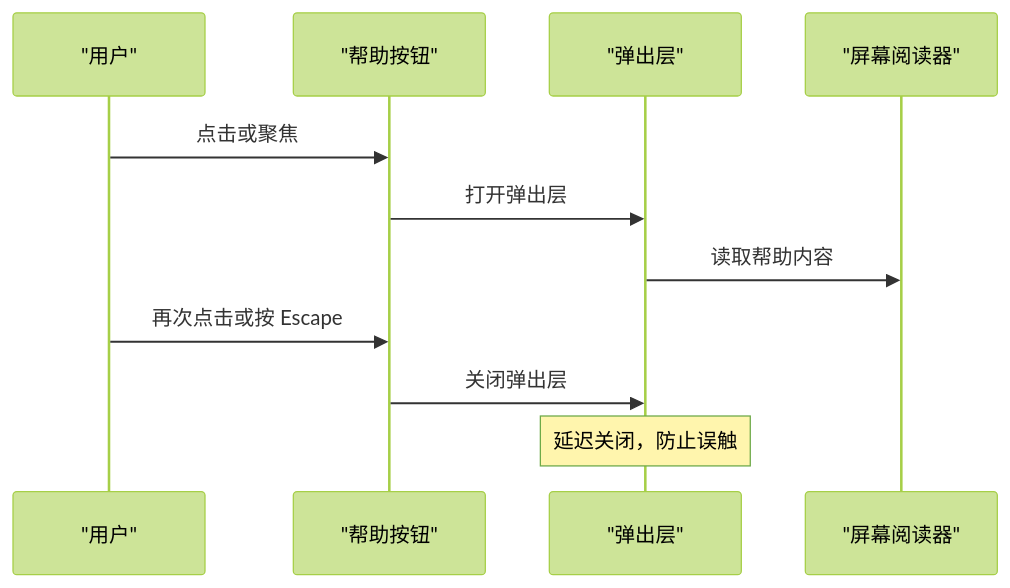
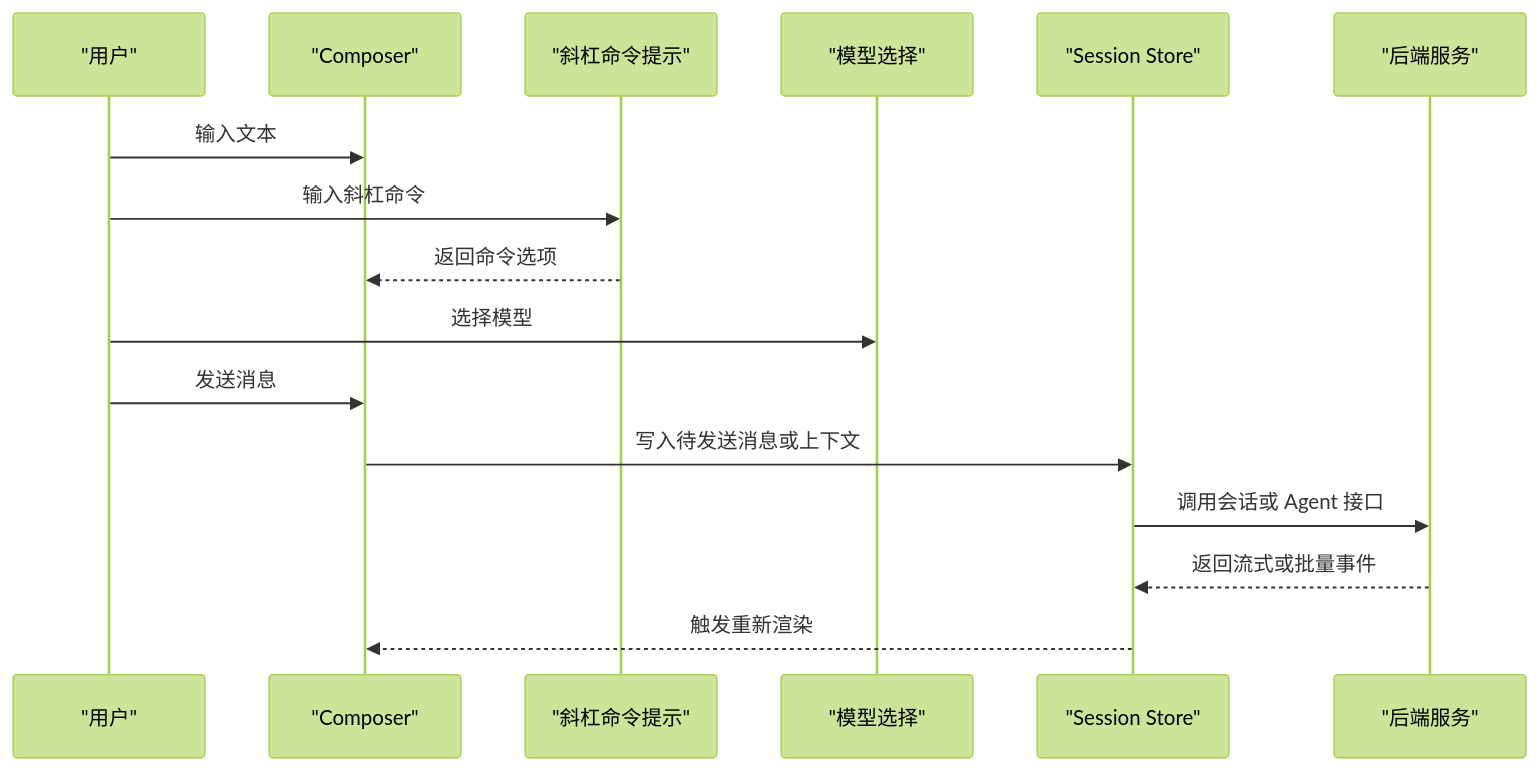
Before and after one commit to haolange/RDC-Agent: the fifth of 10 diagrams in .qoder/repowiki/zh/content/用户界面/用户界面.md, drawn with Mermaid (forest theme). The commit also changed other lines of this file and 356 other files, not shown here.

````diff
--- a/.qoder/repowiki/zh/content/用户界面/用户界面.md
+++ b/.qoder/repowiki/zh/content/用户界面/用户界面.md
@@ -304,13 +239,19 @@
 ```mermaid
 sequenceDiagram
-participant User as "用户"
-participant Trigger as "帮助按钮"
-participant Popover as "弹出层"
-participant ScreenReader as "屏幕阅读器"
-User->>Trigger : 点击或聚焦
-Trigger->>Popover : 打开弹出层
-Popover->>ScreenReader : 读取帮助内容
-User->>Trigger : 再次点击或按 Escape
-Trigger->>Popover : 关闭弹出层
-Note over Popover : 延迟关闭，防止误触
+    participant User as "用户"
+    participant Composer as "Composer"
+    participant Slash as "斜杠命令提示"
+    participant Model as "模型选择"
+    participant Store as "Session Store"
+    participant Service as "后端服务"
+
+    User->>Composer: 输入文本
+    User->>Slash: 输入斜杠命令
+    Slash-->>Composer: 返回命令选项
+    User->>Model: 选择模型
+    User->>Composer: 发送消息
+    Composer->>Store: 写入待发送消息或上下文
+    Store->>Service: 调用会话或 Agent 接口
+    Service-->>Store: 返回流式或批量事件
+    Store-->>Composer: 触发重新渲染
 ```
````
